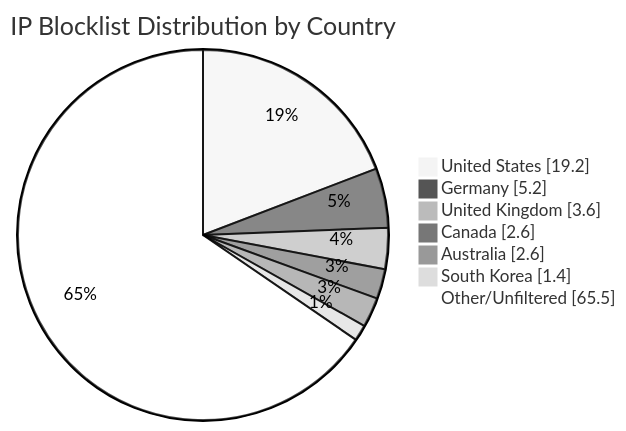
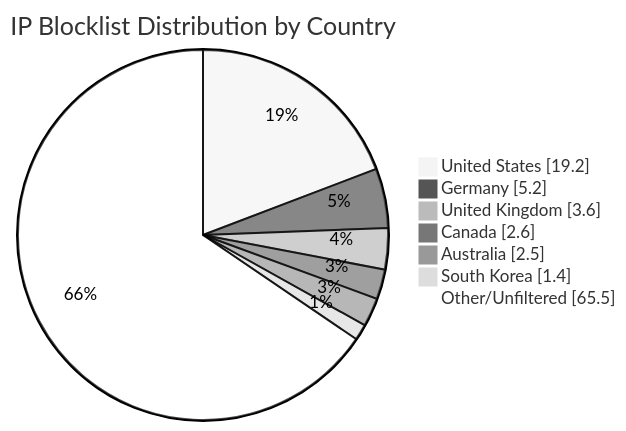
Before and after one commit to MarcusHoltz/ipblocklist-geofiltered-aggregator: the diagram in README.md, drawn with Mermaid (neutral theme). The commit also changed other lines of this file and 9 other files, not shown here.

````diff
--- a/README.md
+++ b/README.md
@@ -34,10 +34,10 @@
 ```mermaid
 pie showData title IP Blocklist Distribution by Country
 "United States" : 19.2
 "Germany" : 5.2
 "United Kingdom" : 3.6
 "Canada" : 2.6
-"Australia" : 2.6
+"Australia" : 2.5
 "South Korea" : 1.4
 "Other/Unfiltered" : 65.5
 ```
````
